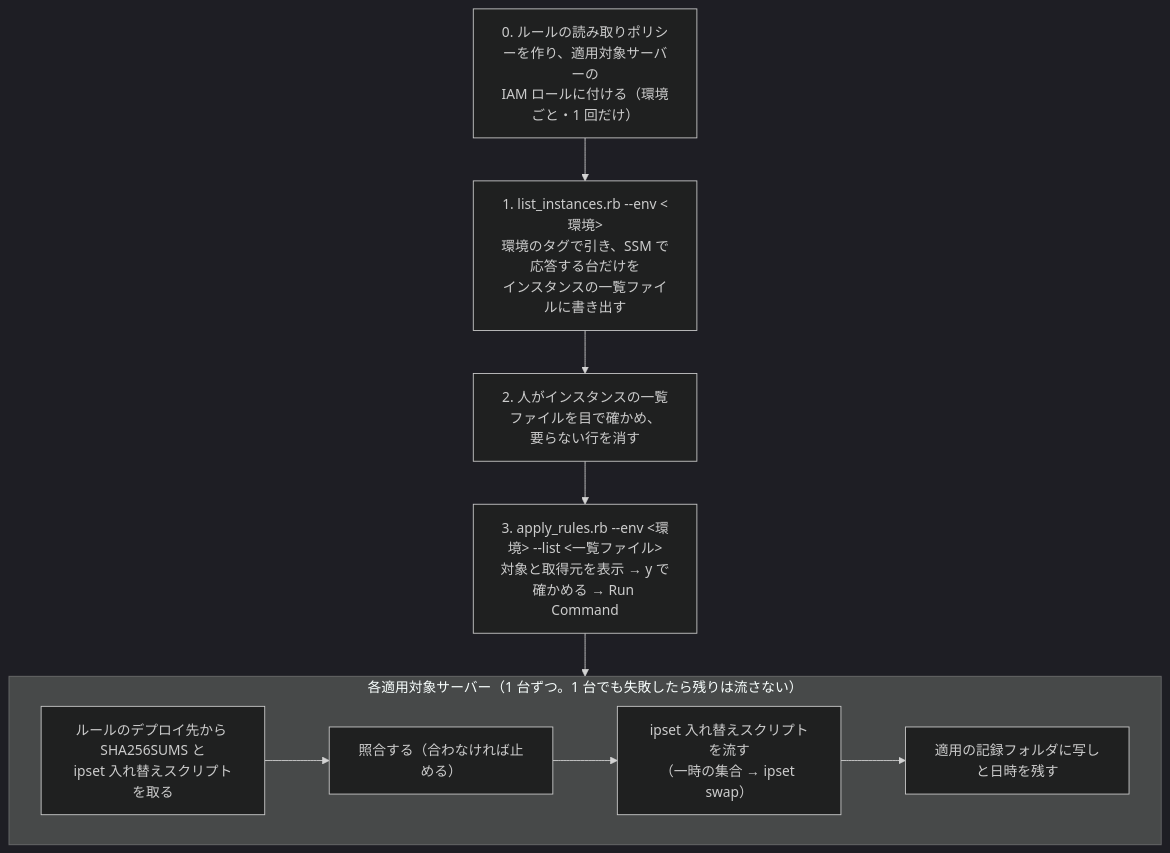
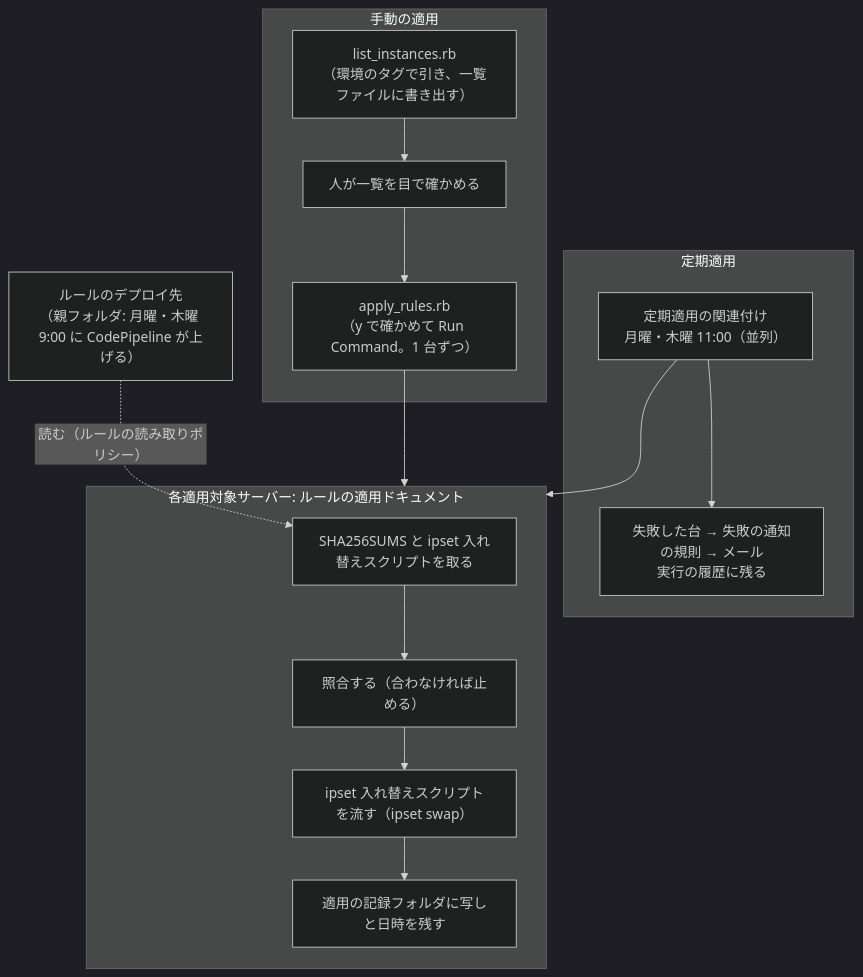
Before and after one commit to rxsxkxd/pk: the diagram in docs/ec2-port-guard-rollout/ip-port-guard-rule-refresh-pipeline/rule-apply-via-ssm/README.md, drawn with Mermaid (dark theme). The commit also changed other lines of this file and 10 other files, not shown here.

````diff
--- a/docs/ec2-port-guard-rollout/ip-port-guard-rule-refresh-pipeline/rule-apply-via-ssm/README.md
+++ b/docs/ec2-port-guard-rollout/ip-port-guard-rule-refresh-pipeline/rule-apply-via-ssm/README.md
@@ -22,12 +34,19 @@
 ```mermaid
 flowchart TD
-  P["0. ルールの読み取りポリシーを作り、適用対象サーバーの<br/>IAM ロールに付ける（環境ごと・1 回だけ）"] --> L
-  L["1. list_instances.rb --env &lt;環境&gt;<br/>環境のタグで引き、SSM で応答する台だけを<br/>インスタンスの一覧ファイルに書き出す"] --> C
-  C["2. 人がインスタンスの一覧ファイルを目で確かめ、<br/>要らない行を消す"] --> A
-  A["3. apply_rules.rb --env &lt;環境&gt; --list &lt;一覧ファイル&gt;<br/>対象と取得元を表示 → y で確かめる → Run Command"] --> S
-  subgraph S["各適用対象サーバー（1 台ずつ。1 台でも失敗したら残りは流さない）"]
-    S1["ルールのデプロイ先から SHA256SUMS と<br/>ipset 入れ替えスクリプトを取る"] --> S2["照合する（合わなければ止める）"]
-    S2 --> S3["ipset 入れ替えスクリプトを流す<br/>（一時の集合 → ipset swap）"]
-    S3 --> S4["適用の記録フォルダに写しと日時を残す"]
+  D["ルールのデプロイ先<br/>（親フォルダ: 月曜・木曜 9:00 に CodePipeline が上げる）"]
+  subgraph M["手動の適用"]
+    M1["list_instances.rb<br/>（環境のタグで引き、一覧ファイルに書き出す）"] --> M2["人が一覧を目で確かめる"]
+    M2 --> M3["apply_rules.rb<br/>（y で確かめて Run Command。1 台ずつ）"]
   end
+  subgraph S["定期適用"]
+    S1["定期適用の関連付け<br/>月曜・木曜 11:00（並列）"] --> S2["失敗した台 → 失敗の通知の規則 → メール<br/>実行の履歴に残る"]
+  end
+  M3 --> R
+  S1 --> R
+  subgraph R["各適用対象サーバー: ルールの適用ドキュメント"]
+    R1["SHA256SUMS と ipset 入れ替えスクリプトを取る"] --> R2["照合する（合わなければ止める）"]
+    R2 --> R3["ipset 入れ替えスクリプトを流す（ipset swap）"]
+    R3 --> R4["適用の記録フォルダに写しと日時を残す"]
+  end
+  D -. "読む（ルールの読み取りポリシー）" .-> R1
 ```
````
